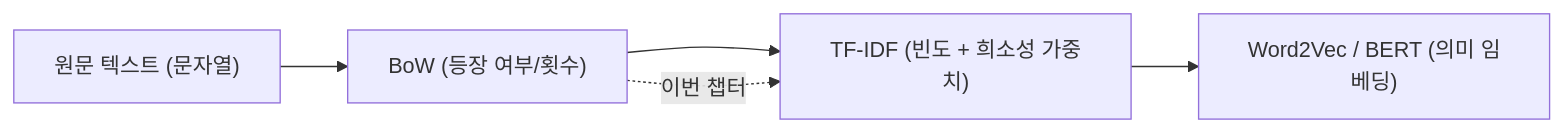
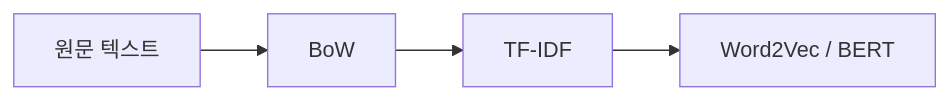
One commit to umyunsang/Obsidian changed the diagram in ComputerScience/03_ai-ml-data/Natural-Language-Processing/notes/04. BoW와 TF-IDF - 문서 벡터화, 이진·빈도 단어가방 모델과 두 가지 TF-IDF 계산법.md. Above: the diagram before and after it, drawn with Mermaid. The commit also changed other lines of this file and 44 other files, not shown here.

````diff
--- a/ComputerScience/03_ai-ml-data/Natural-Language-Processing/notes/04. BoW와 TF-IDF - 문서 벡터화, 이진·빈도 단어가방 모델과 두 가지 TF-IDF 계산법.md
+++ b/ComputerScience/03_ai-ml-data/Natural-Language-Processing/notes/04. BoW와 TF-IDF - 문서 벡터화, 이진·빈도 단어가방 모델과 두 가지 TF-IDF 계산법.md
@@ -36,7 +34,4 @@
 ```mermaid
 graph LR
-  A["원문 텍스트 (문자열)"] --> B["BoW (등장 여부/횟수)"]
-  B --> C["TF-IDF (빈도 + 희소성 가중치)"]
-  C --> D["Word2Vec / BERT (의미 임베딩)"]
-  B -.->|이번 챕터| C
+  A["원문 텍스트"] --> B["BoW"] --> C["TF-IDF"] --> D["Word2Vec / BERT"]
 ```
````
